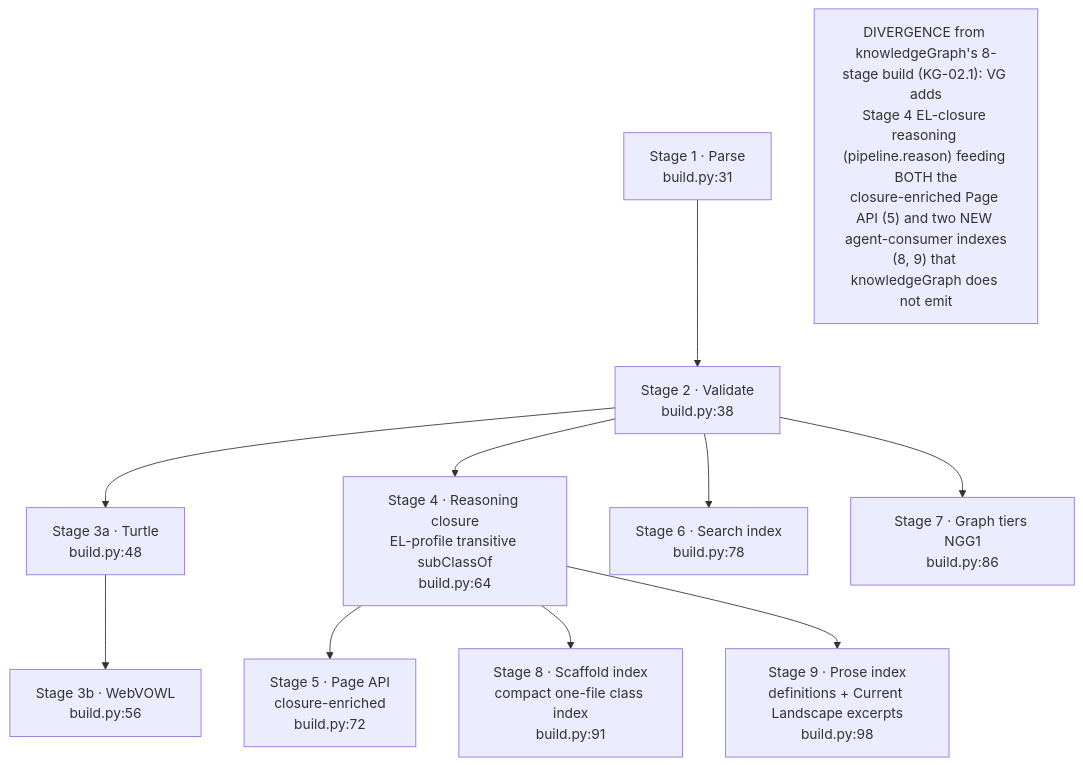
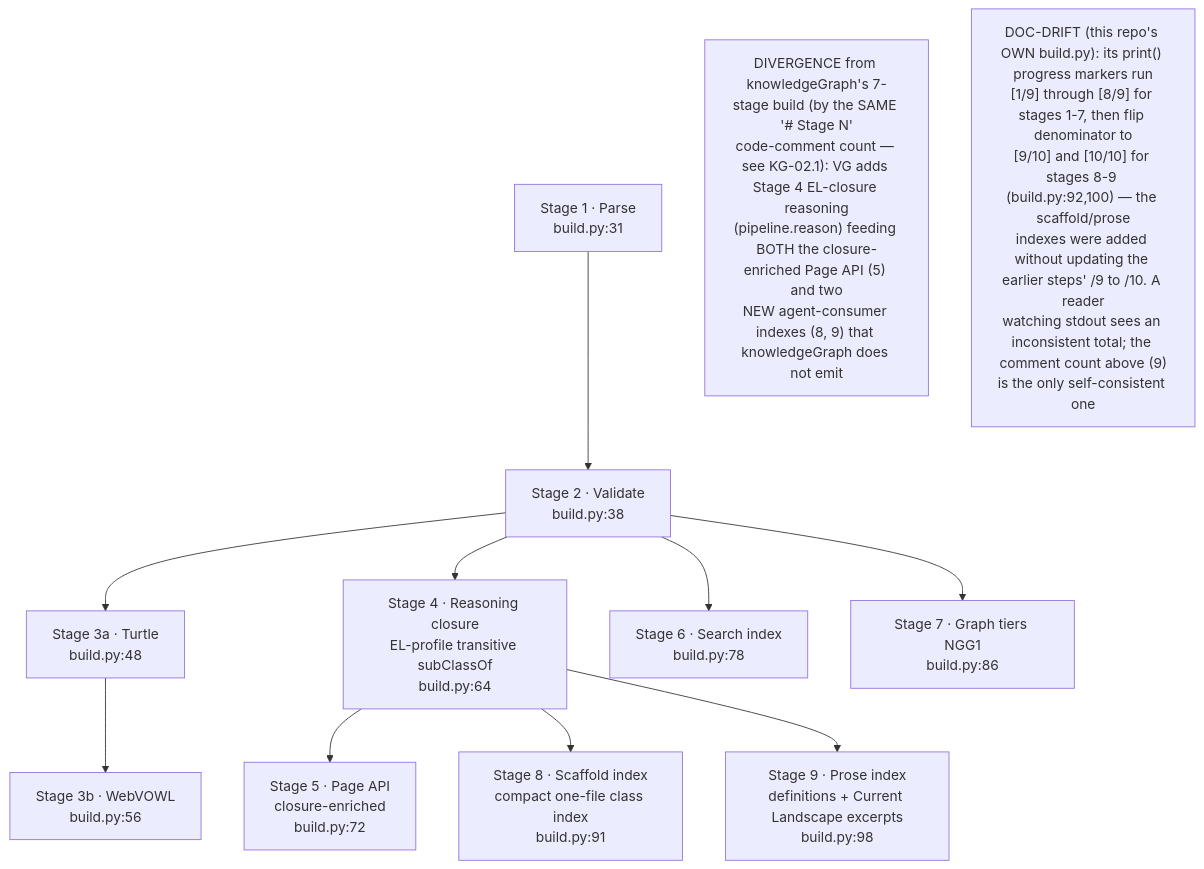
The first of 7 diagrams in docs/diagrams/visiongraph/02-authoring-to-pipeline-flow.md (DreamLab-AI/VisionFlow), drawn with Mermaid before and after one commit. The commit also changed other lines of this file and 185 other files, not shown here.

Commit message:
docs(estate): reconcile diagrams and ADRs with source and define closeout sprint

````diff
--- a/docs/diagrams/visiongraph/02-authoring-to-pipeline-flow.md
+++ b/docs/diagrams/visiongraph/02-authoring-to-pipeline-flow.md
@@ -22,20 +23,21 @@
 ```mermaid
 flowchart TD
     S1["Stage 1 · Parse<br/>build.py:31"]
     S2["Stage 2 · Validate<br/>build.py:38"]
     S3A["Stage 3a · Turtle<br/>build.py:48"]
     S3B["Stage 3b · WebVOWL<br/>build.py:56"]
     S4["Stage 4 · Reasoning closure<br/>EL-profile transitive subClassOf<br/>build.py:64"]
     S5["Stage 5 · Page API<br/>closure-enriched<br/>build.py:72"]
     S6["Stage 6 · Search index<br/>build.py:78"]
     S7["Stage 7 · Graph tiers NGG1<br/>build.py:86"]
     S8["Stage 8 · Scaffold index<br/>compact one-file class index<br/>build.py:91"]
     S9["Stage 9 · Prose index<br/>definitions + Current Landscape excerpts<br/>build.py:98"]
     S1 --> S2 --> S3A --> S3B
     S2 --> S4 --> S5
     S2 --> S6
     S2 --> S7
     S4 --> S8
     S4 --> S9
-    note1["DIVERGENCE from knowledgeGraph#39;s 8-stage build #40;KG-02.1#41;: VG adds<br/>Stage 4 EL-closure reasoning #40;pipeline.reason#41; feeding BOTH the<br/>closure-enriched Page API #40;5#41; and two NEW agent-consumer indexes<br/>#40;8, 9#41; that knowledgeGraph does not emit"]
+    note1["DIVERGENCE from knowledgeGraph#39;s 7-stage build #40;by the SAME '# Stage N'<br/>code-comment count — see KG-02.1#41;: VG adds Stage 4 EL-closure reasoning<br/>#40;pipeline.reason#41; feeding BOTH the closure-enriched Page API #40;5#41; and two<br/>NEW agent-consumer indexes #40;8, 9#41; that knowledgeGraph does not emit"]
+    note2["DOC-DRIFT #40;this repo's OWN build.py#41;: its print#40;#41; progress markers run<br/>#91;1/9#93; through #91;8/9#93; for stages 1-7, then flip denominator to<br/>#91;9/10#93; and #91;10/10#93; for stages 8-9 #40;build.py:92,100#41; — the scaffold/prose<br/>indexes were added without updating the earlier steps' /9 to /10. A reader<br/>watching stdout sees an inconsistent total; the comment count above #40;9#41;<br/>is the only self-consistent one"]
 ```
````
